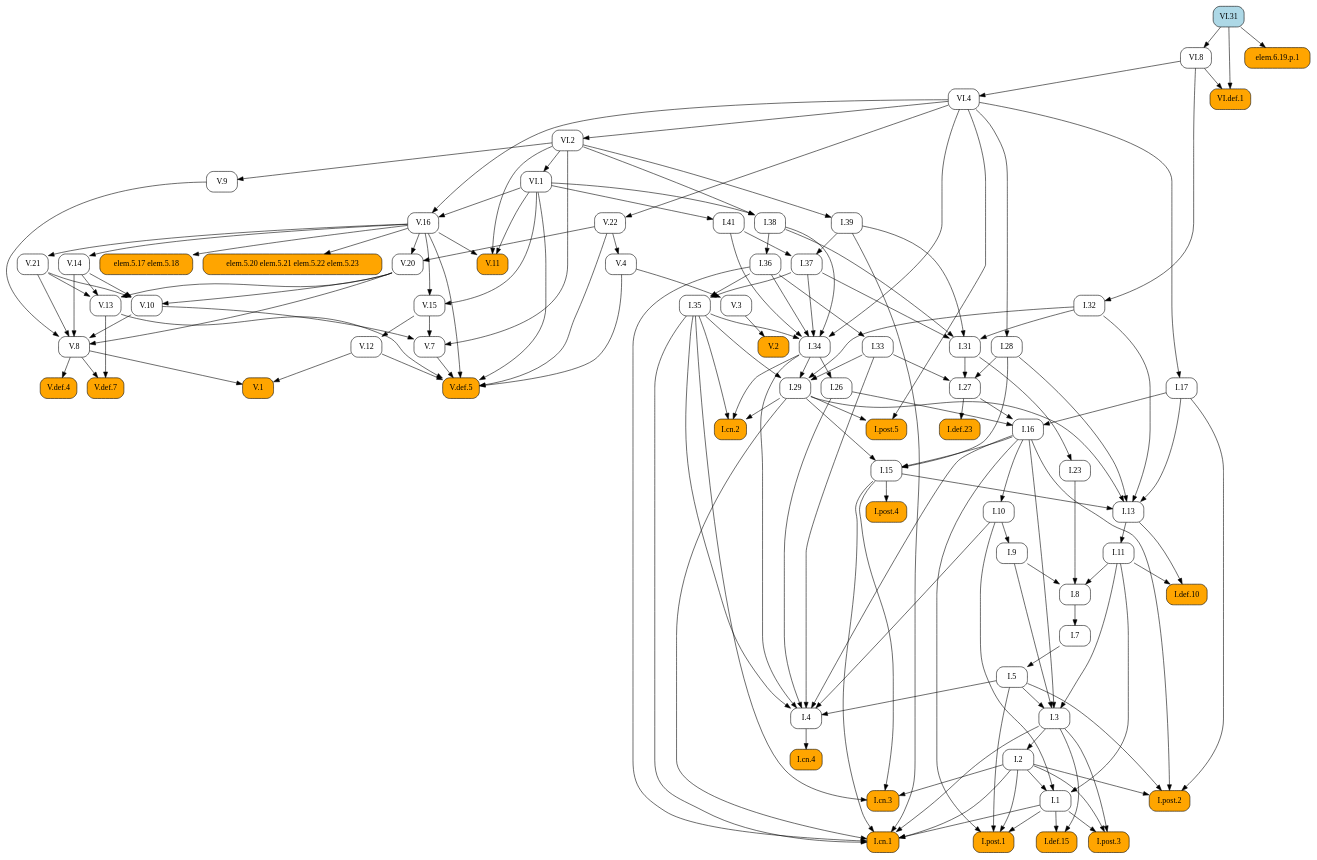
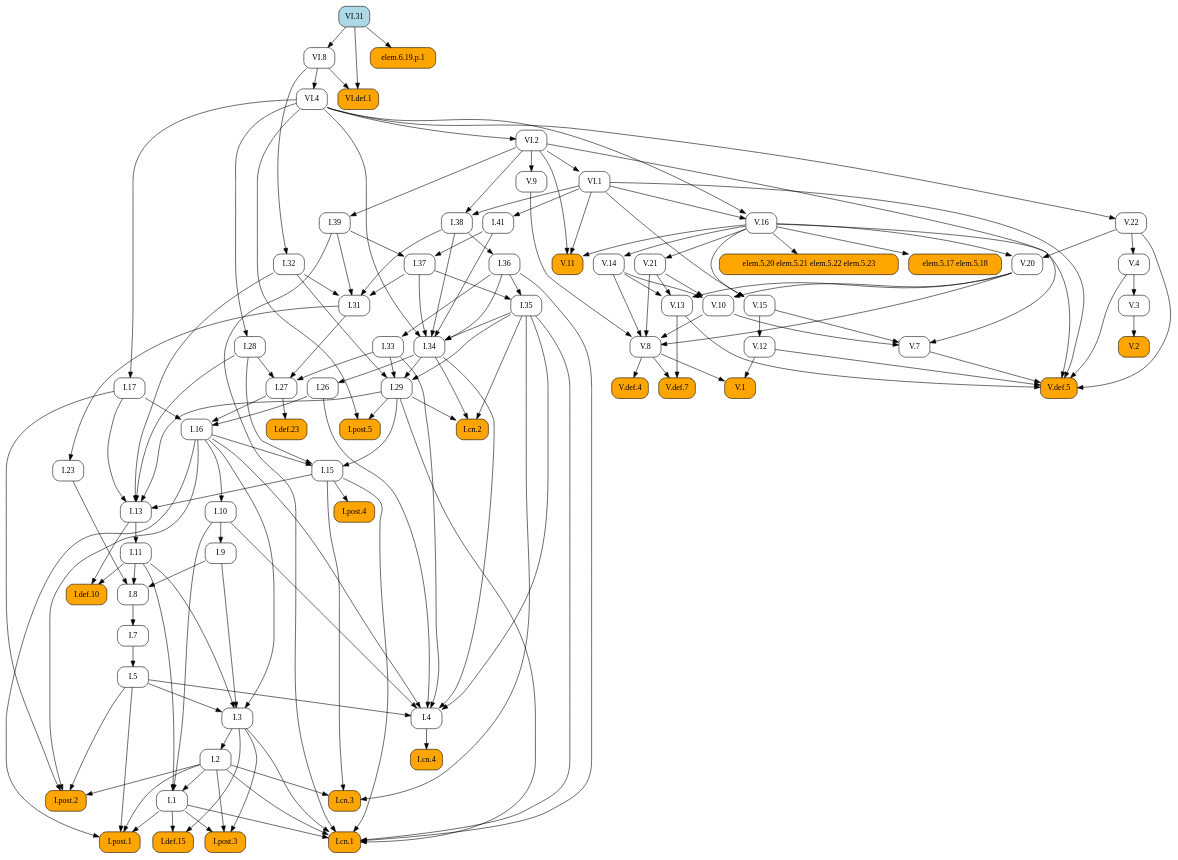
One commit to geometor/elements changed the diagram in docsrc/elements2/VI/31/index.rst. Above: the diagram before and after it, drawn with Graphviz. The commit also changed other lines of this file and 409 other files, not shown here.

First line of the commit message:
feat: Add image cropping and graphic extraction script

```diff
--- a/docsrc/elements2/VI/31/index.rst
+++ b/docsrc/elements2/VI/31/index.rst
@@ -45,194 +45,97 @@
    digraph {
      rankdir="TB";
      node [shape=box, style=rounded];
-     "V.20" [URL="/elements2/V/20/", target="_top"];
+     "I.31" [URL="/elements2/I/31/", target="_top"];
+     "I.41" [URL="/elements2/I/41/", target="_top"];
      "I.8" [URL="/elements2/I/8/", target="_top"];
+     "V.10" [URL="/elements2/V/10/", target="_top"];
+     "I.15" [URL="/elements2/I/15/", target="_top"];
+     "VI.1" [URL="/elements2/VI/1/", target="_top"];
+     "V.8" [URL="/elements2/V/8/", target="_top"];
+     "I.26" [URL="/elements2/I/26/", target="_top"];
+     "I.cn.1" [style="rounded,filled", fillcolor=orange, URL="/elements2/I/cn.1/", target="_top"];
+     "elem.5.20 elem.5.21 elem.5.22 elem.5.23" [style="rounded,filled", fillcolor=orange];
+     "I.28" [URL="/elements2/I/28/", target="_top"];
+     "V.def.5" [style="rounded,filled", fillcolor=orange, URL="/elements2/V/def.5/", target="_top"];
+     "I.16" [URL="/elements2/I/16/", target="_top"];
+     "I.35" [URL="/elements2/I/35/", target="_top"];
+     "I.34" [URL="/elements2/I/34/", target="_top"];
+     "elem.6.19.p.1" [style="rounded,filled", fillcolor=orange];
+     "VI.4" [URL="/elements2/VI/4/", target="_top"];
+     "I.33" [URL="/elements2/I/33/", target="_top"];
+     "V.15" [URL="/elements2/V/15/", target="_top"];
+     "V.4" [URL="/elements2/V/4/", target="_top"];
+     "V.14" [URL="/elements2/V/14/", target="_top"];
+     "elem.5.17 elem.5.18" [style="rounded,filled", fillcolor=orange];
+     "V.3" [URL="/elements2/V/3/", target="_top"];
+     "I.def.15" [style="rounded,filled", fillcolor=orange, URL="/elements2/I/def.15/", target="_top"];
+     "I.11" [URL="/elements2/I/11/", target="_top"];
+     "V.11" [style="rounded,filled", fillcolor=orange, URL="/elements2/V/11/", target="_top"];
+     "I.cn.3" [style="rounded,filled", fillcolor=orange, URL="/elements2/I/cn.3/", target="_top"];
+     "I.9" [URL="/elements2/I/9/", target="_top"];
+     "I.29" [URL="/elements2/I/29/", target="_top"];
+     "V.13" [URL="/elements2/V/13/", target="_top"];
      "I.36" [URL="/elements2/I/36/", target="_top"];
-     "V.def.5" [style="rounded,filled", fillcolor=orange, URL="/elements2/V/def.5/", target="_top"];
-     "I.38" [URL="/elements2/I/38/", target="_top"];
-     "I.post.5" [style="rounded,filled", fillcolor=orange, URL="/elements2/I/post.5/", target="_top"];
-     "I.def.10" [style="rounded,filled", fillcolor=orange, URL="/elements2/I/def.10/", target="_top"];
-     "I.cn.2" [style="rounded,filled", fillcolor=orange, URL="/elements2/I/cn.2/", target="_top"];
-     "elem.6.19.p.1" [style="rounded,filled", fillcolor=orange];
-     "I.31" [URL="/elements2/I/31/", target="_top"];
-     "I.post.2" [style="rounded,filled", fillcolor=orange, URL="/elements2/I/post.2/", target="_top"];
-     "I.def.23" [style="rounded,filled", fillcolor=orange, URL="/elements2/I/def.23/", target="_top"];
-     "I.26" [URL="/elements2/I/26/", target="_top"];
-     "V.3" [URL="/elements2/V/3/", target="_top"];
-     "I.cn.3" [style="rounded,filled", fillcolor=orange, URL="/elements2/I/cn.3/", target="_top"];
-     "V.2" [style="rounded,filled", fillcolor=orange, URL="/elements2/V/2/", target="_top"];
-     "V.12" [URL="/elements2/V/12/", target="_top"];
-     "V.22" [URL="/elements2/V/22/", target="_top"];
-     "I.35" [URL="/elements2/I/35/", target="_top"];
-     "I.41" [URL="/elements2/I/41/", target="_top"];
-     "I.28" [URL="/elements2/I/28/", target="_top"];
-     "I.27" [URL="/elements2/I/27/", target="_top"];
-     "I.4" [URL="/elements2/I/4/", target="_top"];
-     "V.8" [URL="/elements2/V/8/", target="_top"];
-     "VI.2" [URL="/elements2/VI/2/", target="_top"];
-     "I.39" [URL="/elements2/I/39/", target="_top"];
-     "I.15" [URL="/elements2/I/15/", target="_top"];
-     "I.34" [URL="/elements2/I/34/", target="_top"];
-     "VI.8" [URL="/elements2/VI/8/", target="_top"];
-     "I.post.3" [style="rounded,filled", fillcolor=orange, URL="/elements2/I/post.3/", target="_top"];
-     "I.32" [URL="/elements2/I/32/", target="_top"];
      "I.post.1" [style="rounded,filled", fillcolor=orange, URL="/elements2/I/post.1/", target="_top"];
      "V.def.4" [style="rounded,filled", fillcolor=orange, URL="/elements2/V/def.4/", target="_top"];
-     "I.33" [URL="/elements2/I/33/", target="_top"];
+     "VI.2" [URL="/elements2/VI/2/", target="_top"];
+     "I.27" [URL="/elements2/I/27/", target="_top"];
+     "V.1" [style="rounded,filled", fillcolor=orange, URL="/elements2/V/1/", target="_top"];
+     "I.cn.4" [style="rounded,filled", fillcolor=orange, URL="/elements2/I/cn.4/", target="_top"];
+     "I.post.4" [style="rounded,filled", fillcolor=orange, URL="/elements2/I/post.4/", target="_top"];
+     "I.cn.2" [style="rounded,filled", fillcolor=orange, URL="/elements2/I/cn.2/", target="_top"];
+     "V.7" [URL="/elements2/V/7/", target="_top"];
+     "I.37" [URL="/elements2/I/37/", target="_top"];
      "VI.31" [style="rounded,filled", fillcolor=lightblue, URL="/elements2/VI/31/", target="_top"];
+     "V.21" [URL="/elements2/V/21/", target="_top"];
+     "VI.8" [URL="/elements2/VI/8/", target="_top"];
      "I.5" [URL="/elements2/I/5/", target="_top"];
-     "elem.5.17 elem.5.18" [style="rounded,filled", fillcolor=orange];
-     "VI.1" [URL="/elements2/VI/1/", target="_top"];
-     "V.11" [style="rounded,filled", fillcolor=orange, URL="/elements2/V/11/", target="_top"];
-     "V.13" [URL="/elements2/V/13/", target="_top"];
+     "V.def.7" [style="rounded,filled", fillcolor=orange, URL="/elements2/V/def.7/", target="_top"];
+     "I.17" [URL="/elements2/I/17/", target="_top"];
+     "V.12" [URL="/elements2/V/12/", target="_top"];
+     "I.32" [URL="/elements2/I/32/", target="_top"];
+     "I.7" [URL="/elements2/I/7/", target="_top"];
+     "I.23" [URL="/elements2/I/23/", target="_top"];
      "V.9" [URL="/elements2/V/9/", target="_top"];
+     "V.2" [style="rounded,filled", fillcolor=orange, URL="/elements2/V/2/", target="_top"];
+     "I.38" [URL="/elements2/I/38/", target="_top"];
+     "I.def.10" [style="rounded,filled", fillcolor=orange, URL="/elements2/I/def.10/", target="_top"];
+     "V.20" [URL="/elements2/V/20/", target="_top"];
+     "I.def.23" [style="rounded,filled", fillcolor=orange, URL="/elements2/I/def.23/", target="_top"];
      "V.16" [URL="/elements2/V/16/", target="_top"];
-     "I.def.15" [style="rounded,filled", fillcolor=orange, URL="/elements2/I/def.15/", target="_top"];
-     "V.15" [URL="/elements2/V/15/", target="_top"];
-     "I.11" [URL="/elements2/I/11/", target="_top"];
+     "I.post.5" [style="rounded,filled", fillcolor=orange, URL="/elements2/I/post.5/", target="_top"];
      "I.3" [URL="/elements2/I/3/", target="_top"];
-     "V.14" [URL="/elements2/V/14/", target="_top"];
-     "VI.4" [URL="/elements2/VI/4/", target="_top"];
-     "V.10" [URL="/elements2/V/10/", target="_top"];
+     "I.10" [URL="/elements2/I/10/", target="_top"];
+     "I.13" [URL="/elements2/I/13/", target="_top"];
+     "I.4" [URL="/elements2/I/4/", target="_top"];
+     "I.post.3" [style="rounded,filled", fillcolor=orange, URL="/elements2/I/post.3/", target="_top"];
+     "I.39" [URL="/elements2/I/39/", target="_top"];
+     "I.2" [URL="/elements2/I/2/", target="_top"];
+     "VI.def.1" [style="rounded,filled", fillcolor=orange, URL="/elements2/VI/def.1/", target="_top"];
      "I.1" [URL="/elements2/I/1/", target="_top"];
-     "I.cn.4" [style="rounded,filled", fillcolor=orange, URL="/elements2/I/cn.4/", target="_top"];
-     "I.23" [URL="/elements2/I/23/", target="_top"];
-     "I.7" [URL="/elements2/I/7/", target="_top"];
-     "I.17" [URL="/elements2/I/17/", target="_top"];
-     "I.9" [URL="/elements2/I/9/", target="_top"];
-     "V.7" [URL="/elements2/V/7/", target="_top"];
-     "I.cn.1" [style="rounded,filled", fillcolor=orange, URL="/elements2/I/cn.1/", target="_top"];
-     "I.29" [URL="/elements2/I/29/", target="_top"];
-     "I.16" [URL="/elements2/I/16/", target="_top"];
-     "V.21" [URL="/elements2/V/21/", target="_top"];
-     "I.13" [URL="/elements2/I/13/", target="_top"];
-     "elem.5.20 elem.5.21 elem.5.22 elem.5.23" [style="rounded,filled", fillcolor=orange];
-     "I.post.4" [style="rounded,filled", fillcolor=orange, URL="/elements2/I/post.4/", target="_top"];
-     "V.1" [style="rounded,filled", fillcolor=orange, URL="/elements2/V/1/", target="_top"];
-     "VI.def.1" [style="rounded,filled", fillcolor=orange, URL="/elements2/VI/def.1/", target="_top"];
-     "I.2" [URL="/elements2/I/2/", target="_top"];
-     "I.37" [URL="/elements2/I/37/", target="_top"];
-     "I.10" [URL="/elements2/I/10/", target="_top"];
-     "V.def.7" [style="rounded,filled", fillcolor=orange, URL="/elements2/V/def.7/", target="_top"];
-     "V.4" [URL="/elements2/V/4/", target="_top"];
-     "V.16" -> "V.20";
-     "V.22" -> "V.20";
-     "I.9" -> "I.8";
-     "I.11" -> "I.8";
-     "I.23" -> "I.8";
-     "I.38" -> "I.36";
-     "V.4" -> "V.def.5";
-     "V.7" -> "V.def.5";
-     "V.12" -> "V.def.5";
-     "V.13" -> "V.def.5";
-     "V.16" -> "V.def.5";
-     "V.22" -> "V.def.5";
-     "VI.1" -> "V.def.5";
-     "VI.1" -> "I.38";
-     "VI.2" -> "I.38";
-     "I.29" -> "I.post.5";
-     "VI.4" -> "I.post.5";
-     "I.11" -> "I.def.10";
-     "I.13" -> "I.def.10";
-     "I.29" -> "I.cn.2";
-     "I.34" -> "I.cn.2";
-     "I.35" -> "I.cn.2";
-     "VI.31" -> "elem.6.19.p.1";
+     "I.post.2" [style="rounded,filled", fillcolor=orange, URL="/elements2/I/post.2/", target="_top"];
+     "V.22" [URL="/elements2/V/22/", target="_top"];
      "I.32" -> "I.31";
      "I.37" -> "I.31";
      "I.38" -> "I.31";
      "I.39" -> "I.31";
-     "I.2" -> "I.post.2";
-     "I.5" -> "I.post.2";
-     "I.16" -> "I.post.2";
-     "I.17" -> "I.post.2";
-     "I.27" -> "I.def.23";
-     "I.34" -> "I.26";
-     "V.4" -> "V.3";
-     "I.2" -> "I.cn.3";
-     "I.15" -> "I.cn.3";
-     "I.35" -> "I.cn.3";
-     "V.3" -> "V.2";
-     "V.15" -> "V.12";
-     "VI.4" -> "V.22";
-     "I.36" -> "I.35";
-     "I.37" -> "I.35";
      "VI.1" -> "I.41";
-     "VI.4" -> "I.28";
-     "I.28" -> "I.27";
-     "I.31" -> "I.27";
-     "I.33" -> "I.27";
-     "I.5" -> "I.4";
-     "I.10" -> "I.4";
-     "I.16" -> "I.4";
-     "I.26" -> "I.4";
-     "I.33" -> "I.4";
-     "I.34" -> "I.4";
-     "I.35" -> "I.4";
+     "I.9" -> "I.8";
+     "I.11" -> "I.8";
+     "I.23" -> "I.8";
+     "V.14" -> "V.10";
+     "V.20" -> "V.10";
+     "V.21" -> "V.10";
+     "I.16" -> "I.15";
+     "I.28" -> "I.15";
+     "I.29" -> "I.15";
+     "VI.2" -> "VI.1";
      "V.9" -> "V.8";
      "V.10" -> "V.8";
      "V.14" -> "V.8";
      "V.20" -> "V.8";
      "V.21" -> "V.8";
-     "VI.4" -> "VI.2";
-     "VI.2" -> "I.39";
-     "I.16" -> "I.15";
-     "I.28" -> "I.15";
-     "I.29" -> "I.15";
-     "I.35" -> "I.34";
-     "I.36" -> "I.34";
-     "I.37" -> "I.34";
-     "I.38" -> "I.34";
-     "I.41" -> "I.34";
-     "VI.4" -> "I.34";
-     "VI.31" -> "VI.8";
-     "I.1" -> "I.post.3";
-     "I.2" -> "I.post.3";
-     "I.3" -> "I.post.3";
-     "VI.8" -> "I.32";
-     "I.1" -> "I.post.1";
-     "I.2" -> "I.post.1";
-     "I.5" -> "I.post.1";
-     "I.16" -> "I.post.1";
-     "V.8" -> "V.def.4";
-     "I.36" -> "I.33";
-     "I.7" -> "I.5";
-     "V.16" -> "elem.5.17 elem.5.18";
-     "VI.2" -> "VI.1";
-     "V.16" -> "V.11";
-     "VI.1" -> "V.11";
-     "VI.2" -> "V.11";
-     "V.14" -> "V.13";
-     "V.20" -> "V.13";
-     "V.21" -> "V.13";
-     "VI.2" -> "V.9";
-     "VI.1" -> "V.16";
-     "VI.4" -> "V.16";
-     "I.1" -> "I.def.15";
-     "I.3" -> "I.def.15";
-     "V.16" -> "V.15";
-     "VI.1" -> "V.15";
-     "I.13" -> "I.11";
-     "I.5" -> "I.3";
-     "I.9" -> "I.3";
-     "I.11" -> "I.3";
-     "I.16" -> "I.3";
-     "V.16" -> "V.14";
-     "VI.8" -> "VI.4";
-     "V.14" -> "V.10";
-     "V.20" -> "V.10";
-     "V.21" -> "V.10";
-     "I.2" -> "I.1";
-     "I.10" -> "I.1";
-     "I.11" -> "I.1";
-     "I.4" -> "I.cn.4";
-     "I.31" -> "I.23";
-     "I.8" -> "I.7";
-     "VI.4" -> "I.17";
-     "I.10" -> "I.9";
-     "V.10" -> "V.7";
-     "V.15" -> "V.7";
-     "VI.2" -> "V.7";
+     "I.34" -> "I.26";
      "I.1" -> "I.cn.1";
      "I.2" -> "I.cn.1";
      "I.3" -> "I.cn.1";
@@ -241,30 +144,127 @@
      "I.35" -> "I.cn.1";
      "I.36" -> "I.cn.1";
      "I.39" -> "I.cn.1";
+     "V.16" -> "elem.5.20 elem.5.21 elem.5.22 elem.5.23";
+     "VI.4" -> "I.28";
+     "V.4" -> "V.def.5";
+     "V.7" -> "V.def.5";
+     "V.12" -> "V.def.5";
+     "V.13" -> "V.def.5";
+     "V.16" -> "V.def.5";
+     "V.22" -> "V.def.5";
+     "VI.1" -> "V.def.5";
+     "I.17" -> "I.16";
+     "I.26" -> "I.16";
+     "I.27" -> "I.16";
+     "I.36" -> "I.35";
+     "I.37" -> "I.35";
+     "I.35" -> "I.34";
+     "I.36" -> "I.34";
+     "I.37" -> "I.34";
+     "I.38" -> "I.34";
+     "I.41" -> "I.34";
+     "VI.4" -> "I.34";
+     "VI.31" -> "elem.6.19.p.1";
+     "VI.8" -> "VI.4";
+     "I.36" -> "I.33";
+     "V.16" -> "V.15";
+     "VI.1" -> "V.15";
+     "V.22" -> "V.4";
+     "V.16" -> "V.14";
+     "V.16" -> "elem.5.17 elem.5.18";
+     "V.4" -> "V.3";
+     "I.1" -> "I.def.15";
+     "I.3" -> "I.def.15";
+     "I.13" -> "I.11";
+     "V.16" -> "V.11";
+     "VI.1" -> "V.11";
+     "VI.2" -> "V.11";
+     "I.2" -> "I.cn.3";
+     "I.15" -> "I.cn.3";
+     "I.35" -> "I.cn.3";
+     "I.10" -> "I.9";
      "I.32" -> "I.29";
      "I.33" -> "I.29";
      "I.34" -> "I.29";
      "I.35" -> "I.29";
-     "I.17" -> "I.16";
-     "I.26" -> "I.16";
-     "I.27" -> "I.16";
+     "V.14" -> "V.13";
+     "V.20" -> "V.13";
+     "V.21" -> "V.13";
+     "I.38" -> "I.36";
+     "I.1" -> "I.post.1";
+     "I.2" -> "I.post.1";
+     "I.5" -> "I.post.1";
+     "I.16" -> "I.post.1";
+     "V.8" -> "V.def.4";
+     "VI.4" -> "VI.2";
+     "I.28" -> "I.27";
+     "I.31" -> "I.27";
+     "I.33" -> "I.27";
+     "V.8" -> "V.1";
+     "V.12" -> "V.1";
+     "I.4" -> "I.cn.4";
+     "I.15" -> "I.post.4";
+     "I.29" -> "I.cn.2";
+     "I.34" -> "I.cn.2";
+     "I.35" -> "I.cn.2";
+     "V.10" -> "V.7";
+     "V.15" -> "V.7";
+     "VI.2" -> "V.7";
+     "I.39" -> "I.37";
+     "I.41" -> "I.37";
      "V.16" -> "V.21";
+     "VI.31" -> "VI.8";
+     "I.7" -> "I.5";
+     "V.8" -> "V.def.7";
+     "V.13" -> "V.def.7";
+     "VI.4" -> "I.17";
+     "V.15" -> "V.12";
+     "VI.8" -> "I.32";
+     "I.8" -> "I.7";
+     "I.31" -> "I.23";
+     "VI.2" -> "V.9";
+     "V.3" -> "V.2";
+     "VI.1" -> "I.38";
+     "VI.2" -> "I.38";
+     "I.11" -> "I.def.10";
+     "I.13" -> "I.def.10";
+     "V.16" -> "V.20";
+     "V.22" -> "V.20";
+     "I.27" -> "I.def.23";
+     "VI.1" -> "V.16";
+     "VI.4" -> "V.16";
+     "I.29" -> "I.post.5";
+     "VI.4" -> "I.post.5";
+     "I.5" -> "I.3";
+     "I.9" -> "I.3";
+     "I.11" -> "I.3";
+     "I.16" -> "I.3";
+     "I.16" -> "I.10";
      "I.15" -> "I.13";
      "I.17" -> "I.13";
      "I.28" -> "I.13";
      "I.29" -> "I.13";
      "I.32" -> "I.13";
-     "V.16" -> "elem.5.20 elem.5.21 elem.5.22 elem.5.23";
-     "I.15" -> "I.post.4";
-     "V.8" -> "V.1";
-     "V.12" -> "V.1";
+     "I.5" -> "I.4";
+     "I.10" -> "I.4";
+     "I.16" -> "I.4";
+     "I.26" -> "I.4";
+     "I.33" -> "I.4";
+     "I.34" -> "I.4";
+     "I.35" -> "I.4";
+     "I.1" -> "I.post.3";
+     "I.2" -> "I.post.3";
+     "I.3" -> "I.post.3";
+     "VI.2" -> "I.39";
+     "I.3" -> "I.2";
      "VI.8" -> "VI.def.1";
      "VI.31" -> "VI.def.1";
-     "I.3" -> "I.2";
-     "I.39" -> "I.37";
-     "I.41" -> "I.37";
-     "I.16" -> "I.10";
-     "V.8" -> "V.def.7";
-     "V.13" -> "V.def.7";
-     "V.22" -> "V.4";
+     "I.2" -> "I.1";
+     "I.10" -> "I.1";
+     "I.11" -> "I.1";
+     "I.2" -> "I.post.2";
+     "I.5" -> "I.post.2";
+     "I.16" -> "I.post.2";
+     "I.17" -> "I.post.2";
+     "VI.4" -> "V.22";
    }
```
